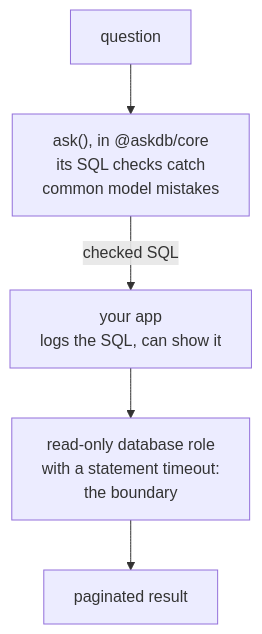
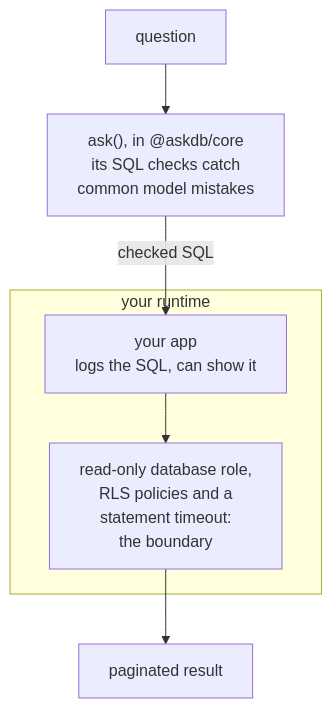
Before and after one commit to Benphemeh/AskDB: the diagram in apps/docs-site/src/content/docs/concepts/safety-boundaries.mdx, drawn with Mermaid. The commit also changed other lines of this file and 112 other files, not shown here.

````diff
--- a/apps/docs-site/src/content/docs/concepts/safety-boundaries.mdx
+++ b/apps/docs-site/src/content/docs/concepts/safety-boundaries.mdx
@@ -56,13 +14,16 @@
 ```mermaid
 flowchart TB
   %% A typical production stack: AskDB's checks, then the layers in the host's runtime that hold
-  %% when a query gets past them. Source of truth: this page and Run safely in production.
+  %% when a query gets past them. Source of truth: packages/core/src/ask.ts (enforceGuardrails runs
+  %% the checks before ask() returns), this page and guides/run-safely-in-prod.mdx.
   q["question"]
   ask["ask(), in @askdb/core<br/>its SQL checks catch<br/>common model mistakes"]
-  app["your app<br/>logs the SQL, can show it"]
-  db["read-only database role<br/>with a statement timeout:<br/>the boundary"]
+  subgraph runtime["your runtime"]
+    app["your app<br/>logs the SQL, can show it"]
+    db["read-only database role,<br/>RLS policies and a<br/>statement timeout:<br/>the boundary"]
+  end
   rows["paginated result"]
   q --> ask
   ask -- "checked SQL" --> app
   app --> db --> rows
 ```
````
